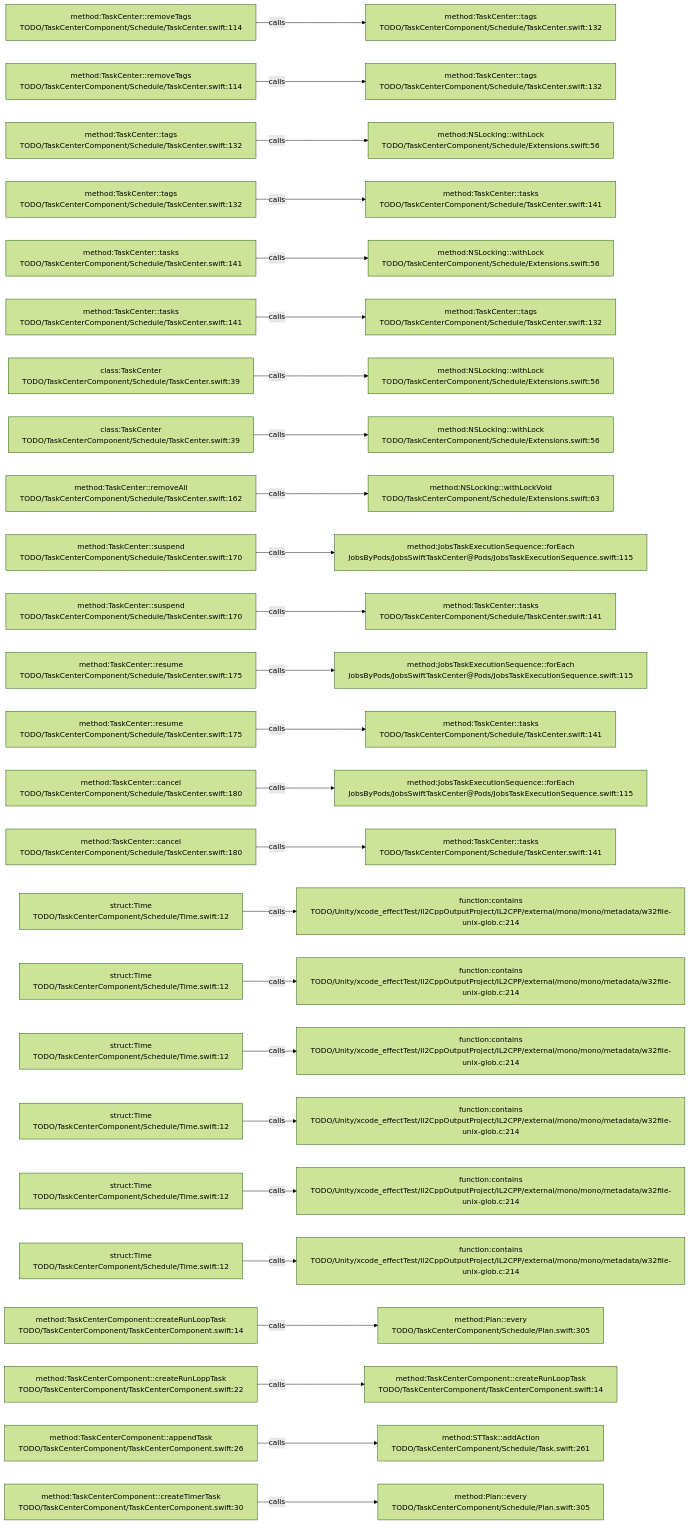
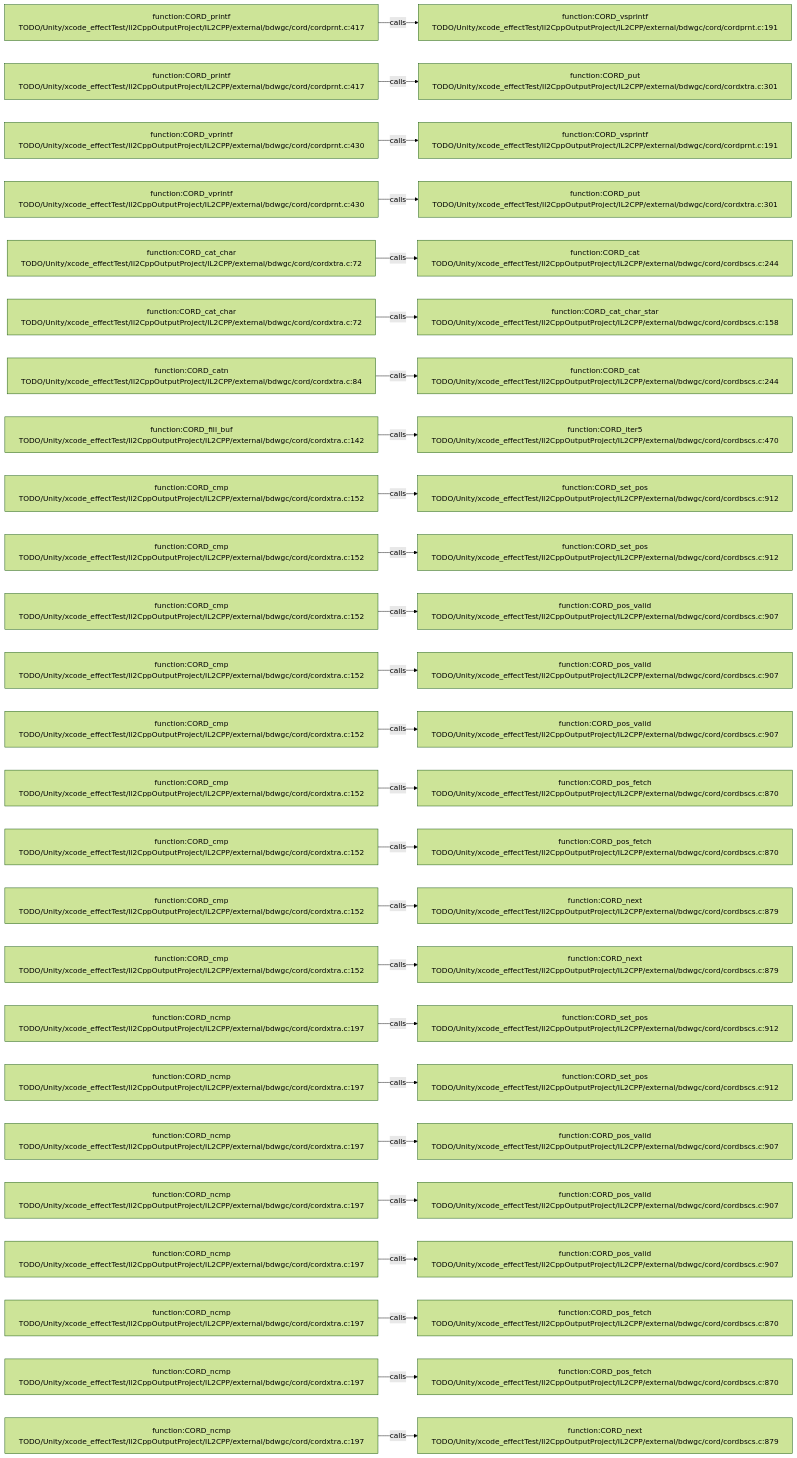
Before and after one commit to JobsKits/JobsSwiftBaseConfigDemo: the diagram in .codegraph/codegraph.md/graphs/calls-087.md, drawn with Mermaid (forest theme). The commit also changed 227 other files, not shown here.

````diff
--- a/.codegraph/codegraph.md/graphs/calls-087.md
+++ b/.codegraph/codegraph.md/graphs/calls-087.md
@@ -13,78 +13,78 @@
 ```mermaid
 flowchart LR
-  S1["method:TaskCenter::removeTags<br/>TODO/TaskCenterComponent/Schedule/TaskCenter.swift:114"]
-  T1["method:TaskCenter::tags<br/>TODO/TaskCenterComponent/Schedule/TaskCenter.swift:132"]
+  S1["function:CORD_printf<br/>TODO/Unity/xcode_effectTest/Il2CppOutputProject/IL2CPP/external/bdwgc/cord/cordprnt.c:417"]
+  T1["function:CORD_vsprintf<br/>TODO/Unity/xcode_effectTest/Il2CppOutputProject/IL2CPP/external/bdwgc/cord/cordprnt.c:191"]
   S1 -->|calls| T1
-  S2["method:TaskCenter::removeTags<br/>TODO/TaskCenterComponent/Schedule/TaskCenter.swift:114"]
-  T2["method:TaskCenter::tags<br/>TODO/TaskCenterComponent/Schedule/TaskCenter.swift:132"]
+  S2["function:CORD_printf<br/>TODO/Unity/xcode_effectTest/Il2CppOutputProject/IL2CPP/external/bdwgc/cord/cordprnt.c:417"]
+  T2["function:CORD_put<br/>TODO/Unity/xcode_effectTest/Il2CppOutputProject/IL2CPP/external/bdwgc/cord/cordxtra.c:301"]
   S2 -->|calls| T2
-  S3["method:TaskCenter::tags<br/>TODO/TaskCenterComponent/Schedule/TaskCenter.swift:132"]
-  T3["method:NSLocking::withLock<br/>TODO/TaskCenterComponent/Schedule/Extensions.swift:56"]
+  S3["function:CORD_vprintf<br/>TODO/Unity/xcode_effectTest/Il2CppOutputProject/IL2CPP/external/bdwgc/cord/cordprnt.c:430"]
+  T3["function:CORD_vsprintf<br/>TODO/Unity/xcode_effectTest/Il2CppOutputProject/IL2CPP/external/bdwgc/cord/cordprnt.c:191"]
   S3 -->|calls| T3
-  S4["method:TaskCenter::tags<br/>TODO/TaskCenterComponent/Schedule/TaskCenter.swift:132"]
-  T4["method:TaskCenter::tasks<br/>TODO/TaskCenterComponent/Schedule/TaskCenter.swift:141"]
+  S4["function:CORD_vprintf<br/>TODO/Unity/xcode_effectTest/Il2CppOutputProject/IL2CPP/external/bdwgc/cord/cordprnt.c:430"]
+  T4["function:CORD_put<br/>TODO/Unity/xcode_effectTest/Il2CppOutputProject/IL2CPP/external/bdwgc/cord/cordxtra.c:301"]
   S4 -->|calls| T4
-  S5["method:TaskCenter::tasks<br/>TODO/TaskCenterComponent/Schedule/TaskCenter.swift:141"]
-  T5["method:NSLocking::withLock<br/>TODO/TaskCenterComponent/Schedule/Extensions.swift:56"]
+  S5["function:CORD_cat_char<br/>TODO/Unity/xcode_effectTest/Il2CppOutputProject/IL2CPP/external/bdwgc/cord/cordxtra.c:72"]
+  T5["function:CORD_cat<br/>TODO/Unity/xcode_effectTest/Il2CppOutputProject/IL2CPP/external/bdwgc/cord/cordbscs.c:244"]
   S5 -->|calls| T5
-  S6["method:TaskCenter::tasks<br/>TODO/TaskCenterComponent/Schedule/TaskCenter.swift:141"]
-  T6["method:TaskCenter::tags<br/>TODO/TaskCenterComponent/Schedule/TaskCenter.swift:132"]
+  S6["function:CORD_cat_char<br/>TODO/Unity/xcode_effectTest/Il2CppOutputProject/IL2CPP/external/bdwgc/cord/cordxtra.c:72"]
+  T6["function:CORD_cat_char_star<br/>TODO/Unity/xcode_effectTest/Il2CppOutputProject/IL2CPP/external/bdwgc/cord/cordbscs.c:158"]
   S6 -->|calls| T6
-  S7["class:TaskCenter<br/>TODO/TaskCenterComponent/Schedule/TaskCenter.swift:39"]
-  T7["method:NSLocking::withLock<br/>TODO/TaskCenterComponent/Schedule/Extensions.swift:56"]
+  S7["function:CORD_catn<br/>TODO/Unity/xcode_effectTest/Il2CppOutputProject/IL2CPP/external/bdwgc/cord/cordxtra.c:84"]
+  T7["function:CORD_cat<br/>TODO/Unity/xcode_effectTest/Il2CppOutputProject/IL2CPP/external/bdwgc/cord/cordbscs.c:244"]
   S7 -->|calls| T7
-  S8["class:TaskCenter<br/>TODO/TaskCenterComponent/Schedule/TaskCenter.swift:39"]
-  T8["method:NSLocking::withLock<br/>TODO/TaskCenterComponent/Schedule/Extensions.swift:56"]
+  S8["function:CORD_fill_buf<br/>TODO/Unity/xcode_effectTest/Il2CppOutputProject/IL2CPP/external/bdwgc/cord/cordxtra.c:142"]
+  T8["function:CORD_iter5<br/>TODO/Unity/xcode_effectTest/Il2CppOutputProject/IL2CPP/external/bdwgc/cord/cordbscs.c:470"]
   S8 -->|calls| T8
-  S9["method:TaskCenter::removeAll<br/>TODO/TaskCenterComponent/Schedule/TaskCenter.swift:162"]
-  T9["method:NSLocking::withLockVoid<br/>TODO/TaskCenterComponent/Schedule/Extensions.swift:63"]
+  S9["function:CORD_cmp<br/>TODO/Unity/xcode_effectTest/Il2CppOutputProject/IL2CPP/external/bdwgc/cord/cordxtra.c:152"]
+  T9["function:CORD_set_pos<br/>TODO/Unity/xcode_effectTest/Il2CppOutputProject/IL2CPP/external/bdwgc/cord/cordbscs.c:912"]
   S9 -->|calls| T9
-  S10["method:TaskCenter::suspend<br/>TODO/TaskCenterComponent/Schedule/TaskCenter.swift:170"]
-  T10["method:JobsTaskExecutionSequence::forEach<br/>JobsByPods/JobsSwiftTaskCenter@Pods/JobsTaskExecutionSequence.swift:115"]
+  S10["function:CORD_cmp<br/>TODO/Unity/xcode_effectTest/Il2CppOutputProject/IL2CPP/external/bdwgc/cord/cordxtra.c:152"]
+  T10["function:CORD_set_pos<br/>TODO/Unity/xcode_effectTest/Il2CppOutputProject/IL2CPP/external/bdwgc/cord/cordbscs.c:912"]
   S10 -->|calls| T10
-  S11["method:TaskCenter::suspend<br/>TODO/TaskCenterComponent/Schedule/TaskCenter.swift:170"]
-  T11["method:TaskCenter::tasks<br/>TODO/TaskCenterComponent/Schedule/TaskCenter.swift:141"]
+  S11["function:CORD_cmp<br/>TODO/Unity/xcode_effectTest/Il2CppOutputProject/IL2CPP/external/bdwgc/cord/cordxtra.c:152"]
+  T11["function:CORD_pos_valid<br/>TODO/Unity/xcode_effectTest/Il2CppOutputProject/IL2CPP/external/bdwgc/cord/cordbscs.c:907"]
   S11 -->|calls| T11
-  S12["method:TaskCenter::resume<br/>TODO/TaskCenterComponent/Schedule/TaskCenter.swift:175"]
-  T12["method:JobsTaskExecutionSequence::forEach<br/>JobsByPods/JobsSwiftTaskCenter@Pods/JobsTaskExecutionSequence.swift:115"]
+  S12["function:CORD_cmp<br/>TODO/Unity/xcode_effectTest/Il2CppOutputProject/IL2CPP/external/bdwgc/cord/cordxtra.c:152"]
+  T12["function:CORD_pos_valid<br/>TODO/Unity/xcode_effectTest/Il2CppOutputProject/IL2CPP/external/bdwgc/cord/cordbscs.c:907"]
   S12 -->|calls| T12
-  S13["method:TaskCenter::resume<br/>TODO/TaskCenterComponent/Schedule/TaskCenter.swift:175"]
-  T13["method:TaskCenter::tasks<br/>TODO/TaskCenterComponent/Schedule/TaskCenter.swift:141"]
+  S13["function:CORD_cmp<br/>TODO/Unity/xcode_effectTest/Il2CppOutputProject/IL2CPP/external/bdwgc/cord/cordxtra.c:152"]
+  T13["function:CORD_pos_valid<br/>TODO/Unity/xcode_effectTest/Il2CppOutputProject/IL2CPP/external/bdwgc/cord/cordbscs.c:907"]
   S13 -->|calls| T13
-  S14["method:TaskCenter::cancel<br/>TODO/TaskCenterComponent/Schedule/TaskCenter.swift:180"]
-  T14["method:JobsTaskExecutionSequence::forEach<br/>JobsByPods/JobsSwiftTaskCenter@Pods/JobsTaskExecutionSequence.swift:115"]
+  S14["function:CORD_cmp<br/>TODO/Unity/xcode_effectTest/Il2CppOutputProject/IL2CPP/external/bdwgc/cord/cordxtra.c:152"]
+  T14["function:CORD_pos_fetch<br/>TODO/Unity/xcode_effectTest/Il2CppOutputProject/IL2CPP/external/bdwgc/cord/cordbscs.c:870"]
   S14 -->|calls| T14
-  S15["method:TaskCenter::cancel<br/>TODO/TaskCenterComponent/Schedule/TaskCenter.swift:180"]
-  T15["method:TaskCenter::tasks<br/>TODO/TaskCenterComponent/Schedule/TaskCenter.swift:141"]
+  S15["function:CORD_cmp<br/>TODO/Unity/xcode_effectTest/Il2CppOutputProject/IL2CPP/external/bdwgc/cord/cordxtra.c:152"]
+  T15["function:CORD_pos_fetch<br/>TODO/Unity/xcode_effectTest/Il2CppOutputProject/IL2CPP/external/bdwgc/cord/cordbscs.c:870"]
   S15 -->|calls| T15
-  S16["struct:Time<br/>TODO/TaskCenterComponent/Schedule/Time.swift:12"]
-  T16["function:contains<br/>TODO/Unity/xcode_effectTest/Il2CppOutputProject/IL2CPP/external/mono/mono/metadata/w32file-unix-glob.c:214"]
+  S16["function:CORD_cmp<br/>TODO/Unity/xcode_effectTest/Il2CppOutputProject/IL2CPP/external/bdwgc/cord/cordxtra.c:152"]
+  T16["function:CORD_next<br/>TODO/Unity/xcode_effectTest/Il2CppOutputProject/IL2CPP/external/bdwgc/cord/cordbscs.c:879"]
   S16 -->|calls| T16
-  S17["struct:Time<br/>TODO/TaskCenterComponent/Schedule/Time.swift:12"]
-  T17["function:contains<br/>TODO/Unity/xcode_effectTest/Il2CppOutputProject/IL2CPP/external/mono/mono/metadata/w32file-unix-glob.c:214"]
+  S17["function:CORD_cmp<br/>TODO/Unity/xcode_effectTest/Il2CppOutputProject/IL2CPP/external/bdwgc/cord/cordxtra.c:152"]
+  T17["function:CORD_next<br/>TODO/Unity/xcode_effectTest/Il2CppOutputProject/IL2CPP/external/bdwgc/cord/cordbscs.c:879"]
   S17 -->|calls| T17
-  S18["struct:Time<br/>TODO/TaskCenterComponent/Schedule/Time.swift:12"]
-  T18["function:contains<br/>TODO/Unity/xcode_effectTest/Il2CppOutputProject/IL2CPP/external/mono/mono/metadata/w32file-unix-glob.c:214"]
+  S18["function:CORD_ncmp<br/>TODO/Unity/xcode_effectTest/Il2CppOutputProject/IL2CPP/external/bdwgc/cord/cordxtra.c:197"]
+  T18["function:CORD_set_pos<br/>TODO/Unity/xcode_effectTest/Il2CppOutputProject/IL2CPP/external/bdwgc/cord/cordbscs.c:912"]
   S18 -->|calls| T18
-  S19["struct:Time<br/>TODO/TaskCenterComponent/Schedule/Time.swift:12"]
-  T19["function:contains<br/>TODO/Unity/xcode_effectTest/Il2CppOutputProject/IL2CPP/external/mono/mono/metadata/w32file-unix-glob.c:214"]
+  S19["function:CORD_ncmp<br/>TODO/Unity/xcode_effectTest/Il2CppOutputProject/IL2CPP/external/bdwgc/cord/cordxtra.c:197"]
+  T19["function:CORD_set_pos<br/>TODO/Unity/xcode_effectTest/Il2CppOutputProject/IL2CPP/external/bdwgc/cord/cordbscs.c:912"]
   S19 -->|calls| T19
-  S20["struct:Time<br/>TODO/TaskCenterComponent/Schedule/Time.swift:12"]
-  T20["function:contains<br/>TODO/Unity/xcode_effectTest/Il2CppOutputProject/IL2CPP/external/mono/mono/metadata/w32file-unix-glob.c:214"]
+  S20["function:CORD_ncmp<br/>TODO/Unity/xcode_effectTest/Il2CppOutputProject/IL2CPP/external/bdwgc/cord/cordxtra.c:197"]
+  T20["function:CORD_pos_valid<br/>TODO/Unity/xcode_effectTest/Il2CppOutputProject/IL2CPP/external/bdwgc/cord/cordbscs.c:907"]
   S20 -->|calls| T20
-  S21["struct:Time<br/>TODO/TaskCenterComponent/Schedule/Time.swift:12"]
-  T21["function:contains<br/>TODO/Unity/xcode_effectTest/Il2CppOutputProject/IL2CPP/external/mono/mono/metadata/w32file-unix-glob.c:214"]
+  S21["function:CORD_ncmp<br/>TODO/Unity/xcode_effectTest/Il2CppOutputProject/IL2CPP/external/bdwgc/cord/cordxtra.c:197"]
+  T21["function:CORD_pos_valid<br/>TODO/Unity/xcode_effectTest/Il2CppOutputProject/IL2CPP/external/bdwgc/cord/cordbscs.c:907"]
   S21 -->|calls| T21
-  S22["method:TaskCenterComponent::createRunLoopTask<br/>TODO/TaskCenterComponent/TaskCenterComponent.swift:14"]
-  T22["method:Plan::every<br/>TODO/TaskCenterComponent/Schedule/Plan.swift:305"]
+  S22["function:CORD_ncmp<br/>TODO/Unity/xcode_effectTest/Il2CppOutputProject/IL2CPP/external/bdwgc/cord/cordxtra.c:197"]
+  T22["function:CORD_pos_valid<br/>TODO/Unity/xcode_effectTest/Il2CppOutputProject/IL2CPP/external/bdwgc/cord/cordbscs.c:907"]
   S22 -->|calls| T22
-  S23["method:TaskCenterComponent::createRunLoppTask<br/>TODO/TaskCenterComponent/TaskCenterComponent.swift:22"]
-  T23["method:TaskCenterComponent::createRunLoopTask<br/>TODO/TaskCenterComponent/TaskCenterComponent.swift:14"]
+  S23["function:CORD_ncmp<br/>TODO/Unity/xcode_effectTest/Il2CppOutputProject/IL2CPP/external/bdwgc/cord/cordxtra.c:197"]
+  T23["function:CORD_pos_fetch<br/>TODO/Unity/xcode_effectTest/Il2CppOutputProject/IL2CPP/external/bdwgc/cord/cordbscs.c:870"]
   S23 -->|calls| T23
-  S24["method:TaskCenterComponent::appendTask<br/>TODO/TaskCenterComponent/TaskCenterComponent.swift:26"]
-  T24["method:STTask::addAction<br/>TODO/TaskCenterComponent/Schedule/Task.swift:261"]
+  S24["function:CORD_ncmp<br/>TODO/Unity/xcode_effectTest/Il2CppOutputProject/IL2CPP/external/bdwgc/cord/cordxtra.c:197"]
+  T24["function:CORD_pos_fetch<br/>TODO/Unity/xcode_effectTest/Il2CppOutputProject/IL2CPP/external/bdwgc/cord/cordbscs.c:870"]
   S24 -->|calls| T24
-  S25["method:TaskCenterComponent::createTimerTask<br/>TODO/TaskCenterComponent/TaskCenterComponent.swift:30"]
-  T25["method:Plan::every<br/>TODO/TaskCenterComponent/Schedule/Plan.swift:305"]
+  S25["function:CORD_ncmp<br/>TODO/Unity/xcode_effectTest/Il2CppOutputProject/IL2CPP/external/bdwgc/cord/cordxtra.c:197"]
+  T25["function:CORD_next<br/>TODO/Unity/xcode_effectTest/Il2CppOutputProject/IL2CPP/external/bdwgc/cord/cordbscs.c:879"]
   S25 -->|calls| T25
 ```
````
